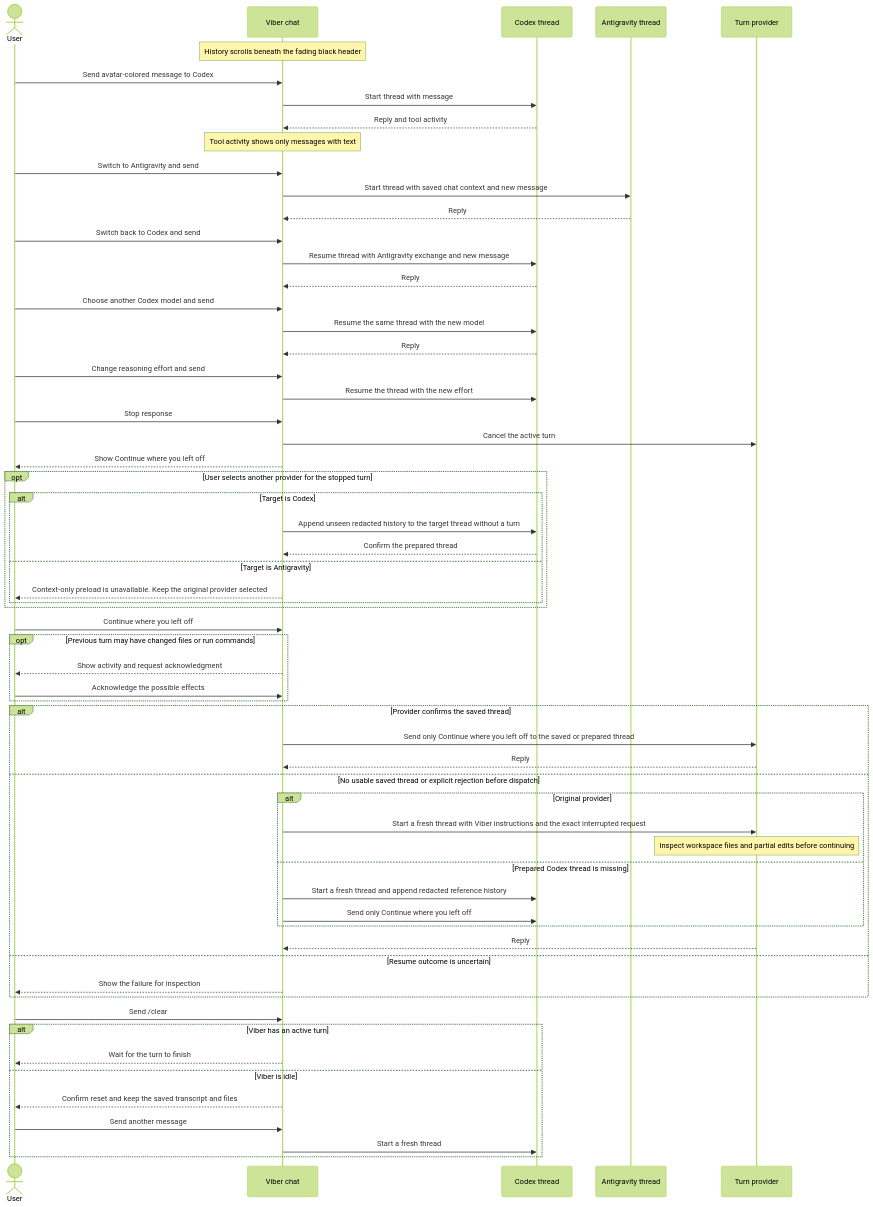
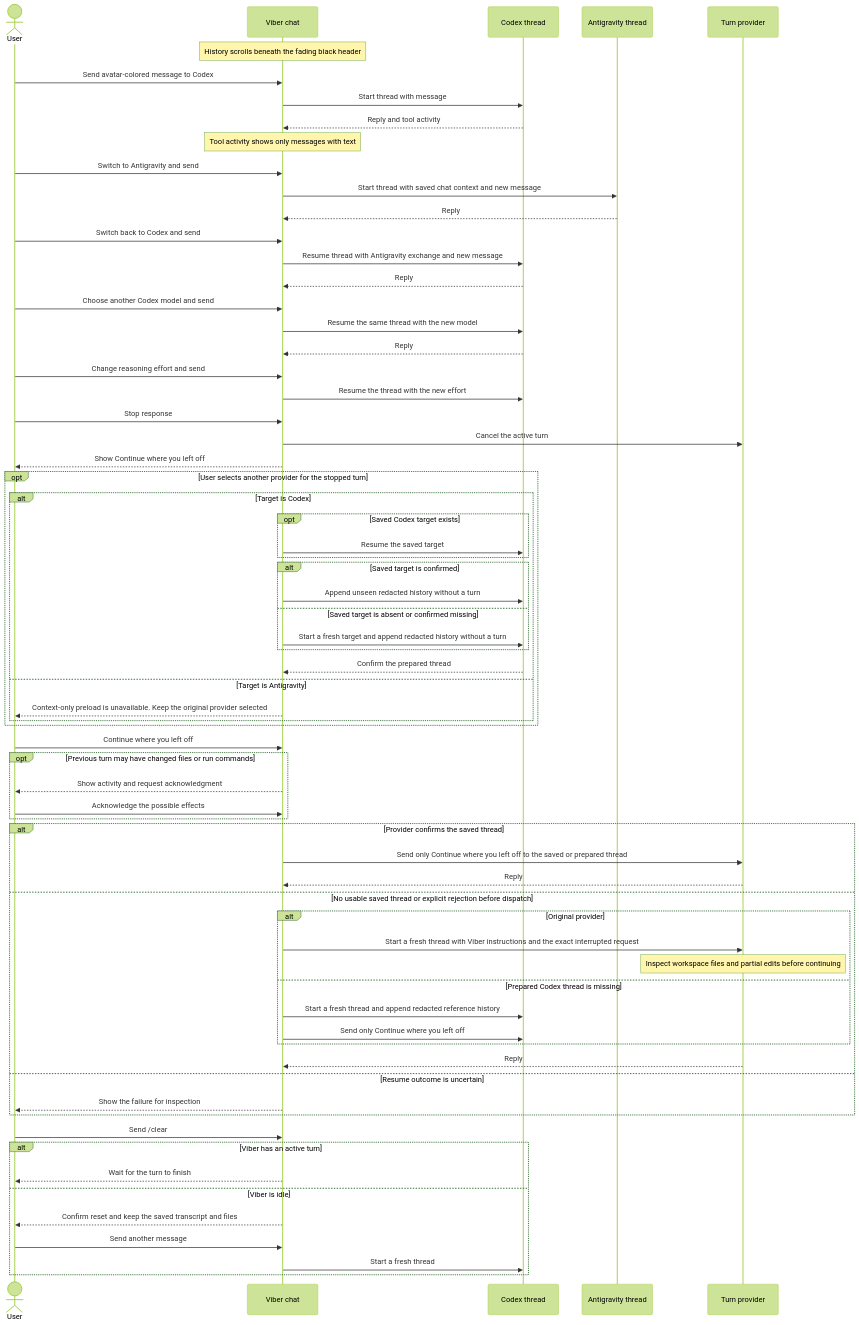
One commit to akshajrawat/akkco-vibestar changed the diagram in FEATUREMAP.md. Above: the diagram before and after it, drawn with Mermaid (forest theme). The commit also changed 13 other files, not shown here.

````diff
--- a/FEATUREMAP.md
+++ b/FEATUREMAP.md
@@ -1,64 +1,71 @@
 ```mermaid
 sequenceDiagram
     actor User
     participant Chat as Viber chat
     participant Codex as Codex thread
     participant AGY as Antigravity thread
 
     participant Provider as Turn provider
     Note over Chat: History scrolls beneath the fading black header
     User->>Chat: Send avatar-colored message to Codex
     Chat->>Codex: Start thread with message
     Codex-->>Chat: Reply and tool activity
     Note over Chat: Tool activity shows only messages with text
     User->>Chat: Switch to Antigravity and send
     Chat->>AGY: Start thread with saved chat context and new message
     AGY-->>Chat: Reply
     User->>Chat: Switch back to Codex and send
     Chat->>Codex: Resume thread with Antigravity exchange and new message
     Codex-->>Chat: Reply
     User->>Chat: Choose another Codex model and send
     Chat->>Codex: Resume the same thread with the new model
     Codex-->>Chat: Reply
     User->>Chat: Change reasoning effort and send
     Chat->>Codex: Resume the thread with the new effort
     User->>Chat: Stop response
     Chat->>Provider: Cancel the active turn
     Chat-->>User: Show Continue where you left off
     opt User selects another provider for the stopped turn
         alt Target is Codex
-            Chat->>Codex: Append unseen redacted history to the target thread without a turn
+            opt Saved Codex target exists
+                Chat->>Codex: Resume the saved target
+            end
+            alt Saved target is confirmed
+                Chat->>Codex: Append unseen redacted history without a turn
+            else Saved target is absent or confirmed missing
+                Chat->>Codex: Start a fresh target and append redacted history without a turn
+            end
             Codex-->>Chat: Confirm the prepared thread
         else Target is Antigravity
             Chat-->>User: Context-only preload is unavailable. Keep the original provider selected
         end
     end
     User->>Chat: Continue where you left off
     opt Previous turn may have changed files or run commands
         Chat-->>User: Show activity and request acknowledgment
         User->>Chat: Acknowledge the possible effects
     end
     alt Provider confirms the saved thread
         Chat->>Provider: Send only Continue where you left off to the saved or prepared thread
         Provider-->>Chat: Reply
     else No usable saved thread or explicit rejection before dispatch
         alt Original provider
             Chat->>Provider: Start a fresh thread with Viber instructions and the exact interrupted request
             Note over Provider: Inspect workspace files and partial edits before continuing
         else Prepared Codex thread is missing
             Chat->>Codex: Start a fresh thread and append redacted reference history
             Chat->>Codex: Send only Continue where you left off
         end
         Provider-->>Chat: Reply
     else Resume outcome is uncertain
         Chat-->>User: Show the failure for inspection
     end
     User->>Chat: Send /clear
     alt Viber has an active turn
         Chat-->>User: Wait for the turn to finish
     else Viber is idle
         Chat-->>User: Confirm reset and keep the saved transcript and files
         User->>Chat: Send another message
         Chat->>Codex: Start a fresh thread
     end
 ```
````
